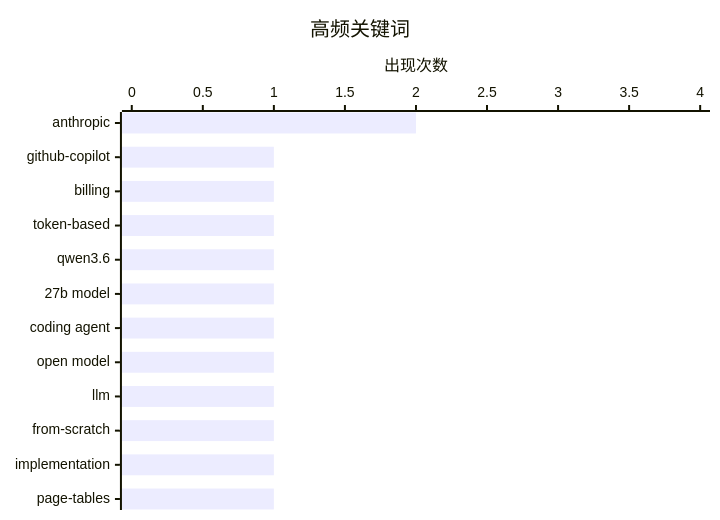
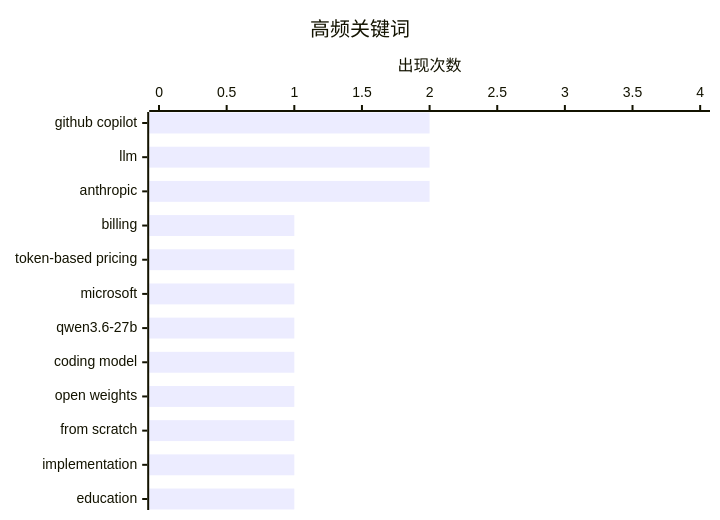
Before and after one commit to NicCraver/ai-daily-digest-web: the second of 2 diagrams in data/digest-20260423.md, drawn with Mermaid. The commit also changed other lines of this file and 2 other files, not shown here.

````diff
--- a/data/digest-20260423.md
+++ b/data/digest-20260423.md
@@ -66,7 +66,7 @@
 ```mermaid
 xychart-beta horizontal
     title "高频关键词"
-    x-axis ["anthropic", "github-copilot", "billing", "token-based", "qwen3.6", "27b model", "coding agent", "open model", "llm", "from-scratch", "implementation", "page-tables"]
+    x-axis ["github copilot", "llm", "anthropic", "billing", "token-based pricing", "microsoft", "qwen3.6-27b", "coding model", "open weights", "from scratch", "implementation", "education"]
     y-axis "出现次数" 0 --> 4
-    bar [2, 1, 1, 1, 1, 1, 1, 1, 1, 1, 1, 1]
+    bar [2, 2, 2, 1, 1, 1, 1, 1, 1, 1, 1, 1]
 ```
````
